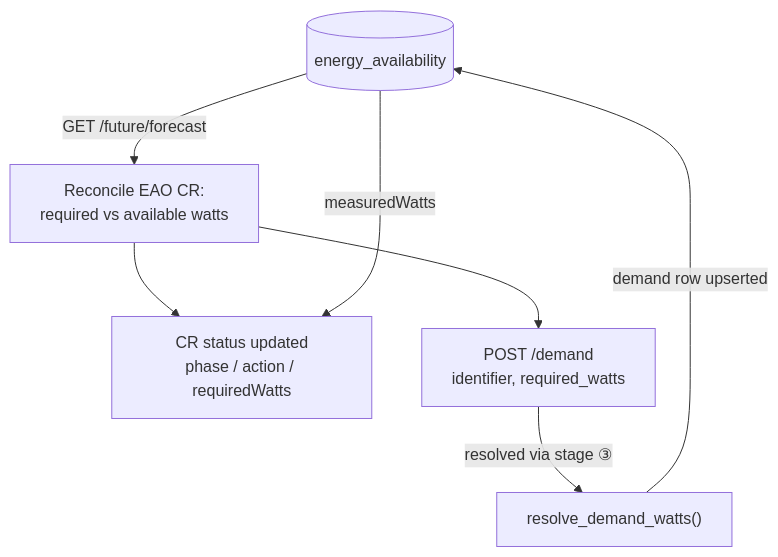
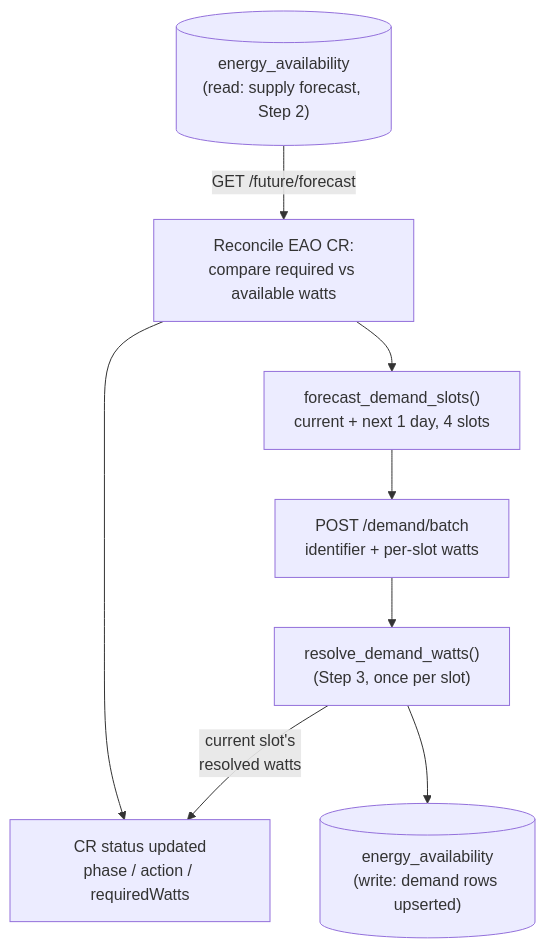
One commit to HIRO-MicroDataCenters-BV/energy-aware-orchestrator changed the fourth of 5 diagrams in README.md. Above: the diagram before and after it, drawn with Mermaid. The commit also changed other lines of this file and 5 other files, not shown here.

````diff
--- a/README.md
+++ b/README.md
@@ -77,9 +89,10 @@
 ```mermaid
 flowchart TD
-    EA[("energy_availability")] -->|GET /future/forecast| Reconcile["Reconcile EAO CR:<br/>required vs available watts"]
+    EA1[("energy_availability<br/>(read: supply forecast, Step 2)")] -->|GET /future/forecast| Reconcile["Reconcile EAO CR:<br/>compare required vs available watts"]
     Reconcile --> CRStatus["CR status updated<br/>phase / action / requiredWatts"]
-    Reconcile --> DemandReport["POST /demand<br/>identifier, required_watts"]
-    DemandReport -->|resolved via stage ③| Resolve["resolve_demand_watts()"]
-    Resolve -->|demand row upserted| EA
-    EA -->|measuredWatts| CRStatus
+    Reconcile --> ForecastSlots["forecast_demand_slots()<br/>current + next 1 day, 4 slots"]
+    ForecastSlots --> DemandBatch["POST /demand/batch<br/>identifier + per-slot watts"]
+    DemandBatch --> Resolve["resolve_demand_watts()<br/>(Step 3, once per slot)"]
+    Resolve --> EA2[("energy_availability<br/>(write: demand rows upserted)")]
+    Resolve -->|current slot's<br/>resolved watts| CRStatus
 ```
````
